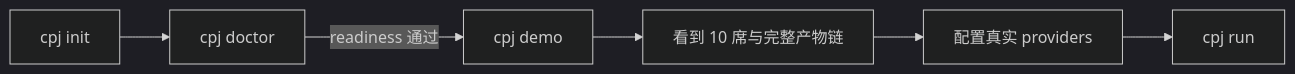
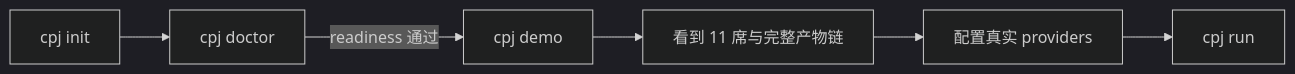
Before and after one commit to qiuxinyuan321/pijiang: the second of 3 diagrams in docs/demo-visuals.md, drawn with Mermaid (dark theme). The commit also changed other lines of this file and 23 other files, not shown here.

````diff
--- a/docs/demo-visuals.md
+++ b/docs/demo-visuals.md
@@ -47,8 +49,8 @@
 ```mermaid
 flowchart LR
     A["cpj init"] --> B["cpj doctor"]
     B -->|"readiness 通过"| C["cpj demo"]
-    C --> D["看到 10 席与完整产物链"]
+    C --> D["看到 11 席与完整产物链"]
     D --> E["配置真实 providers"]
     E --> F["cpj run"]
 ```
````
